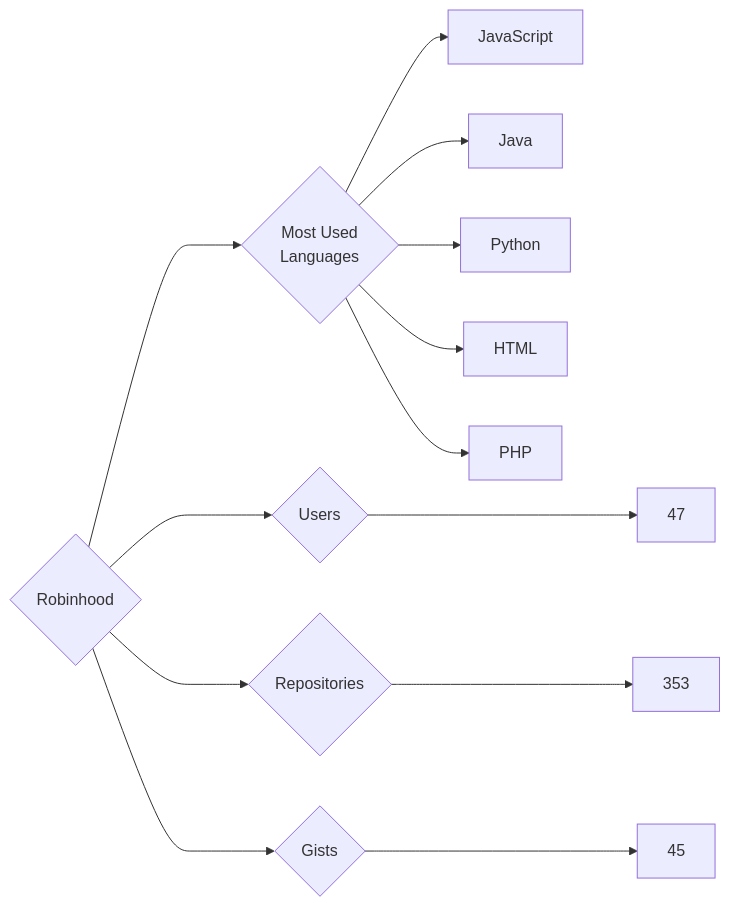
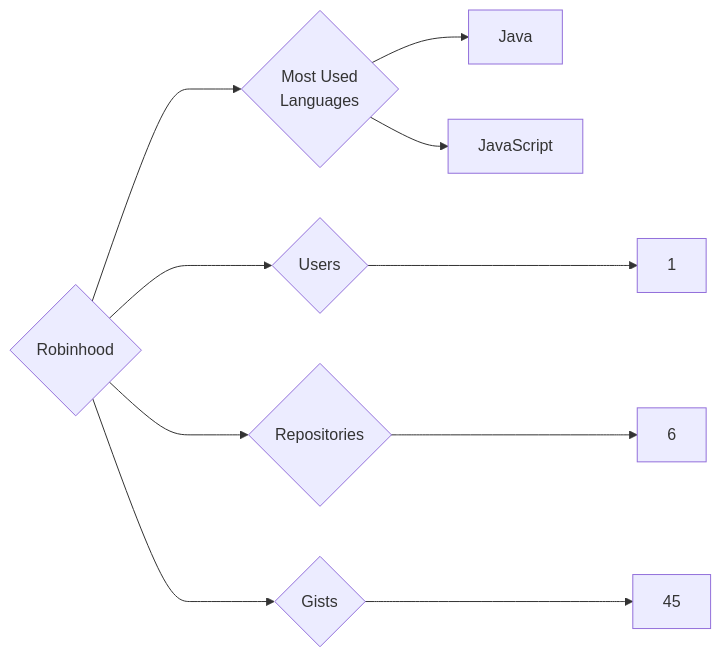
The diagram in targets/Robinhood/README.md (trickest/insiders), drawn with Mermaid before and after one commit. The commit also changed 681 other files, not shown here.

````diff
--- a/targets/Robinhood/README.md
+++ b/targets/Robinhood/README.md
@@ -3,13 +3,10 @@
 ```mermaid
 graph LR
 COMPANY_NAME{Robinhood}
-COMPANY_NAME ---> U{Users} ---> UN[47]
-COMPANY_NAME ---> R{Repositories} ---> RN[353]
+COMPANY_NAME ---> U{Users} ---> UN[1]
+COMPANY_NAME ---> R{Repositories} ---> RN[6]
 COMPANY_NAME ---> G{Gists} ---> GN[45]
 COMPANY_NAME ---> ML{Most Used<br>Languages}
+ML --> Java[Java]
 ML --> JavaScript[JavaScript]
-ML --> Java[Java]
-ML --> Python[Python]
-ML --> HTML[HTML]
-ML --> PHP[PHP]
 ```
````
